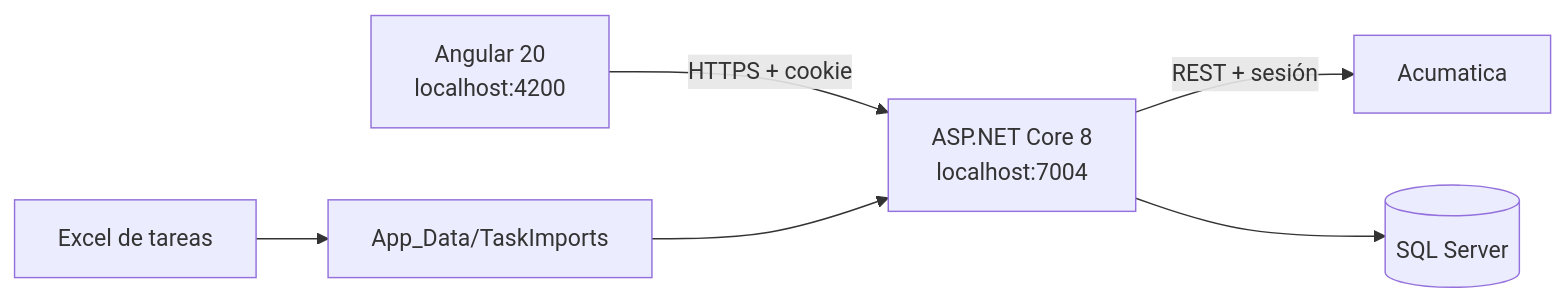
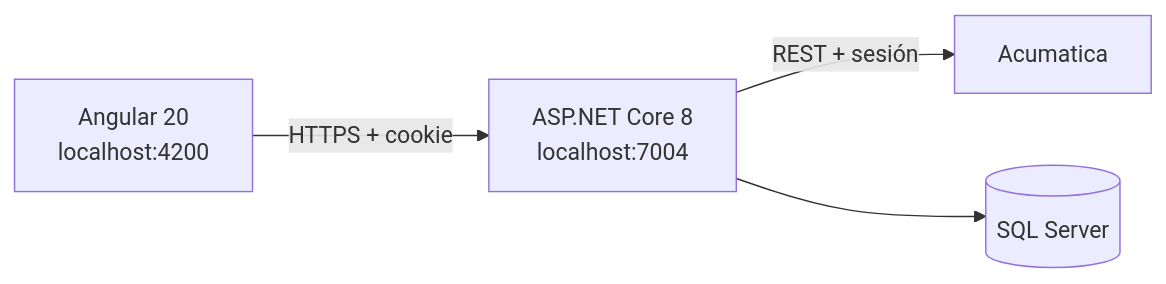
Before and after one commit to Polar2565/clandbus-dashboard-kpis: the diagram in README.md, drawn with Mermaid. The commit also changed other lines of this file and 7 other files, not shown here.

Commit message:
refactor: retirar importacion de tareas por Excel

````diff
--- a/README.md
+++ b/README.md
@@ -23,8 +23,6 @@
 ```mermaid
 flowchart LR
     UI[Angular 20<br/>localhost:4200] -->|HTTPS + cookie| API[ASP.NET Core 8<br/>localhost:7004]
     API -->|REST + sesión| ERP[Acumatica]
     API --> DB[(SQL Server)]
-    XLSX[Excel de tareas] --> F[App_Data/TaskImports]
-    F --> API
 ```
````
